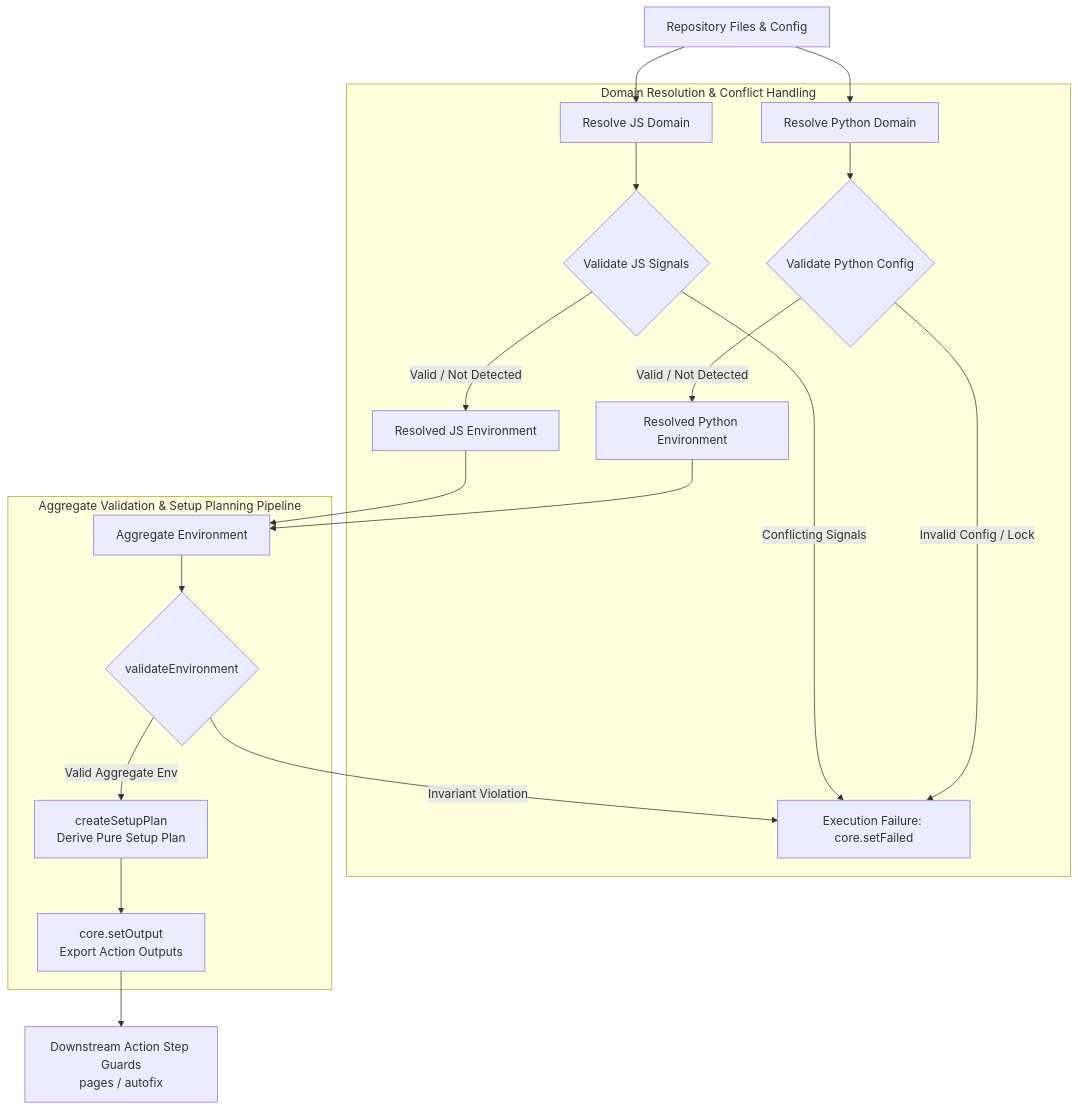
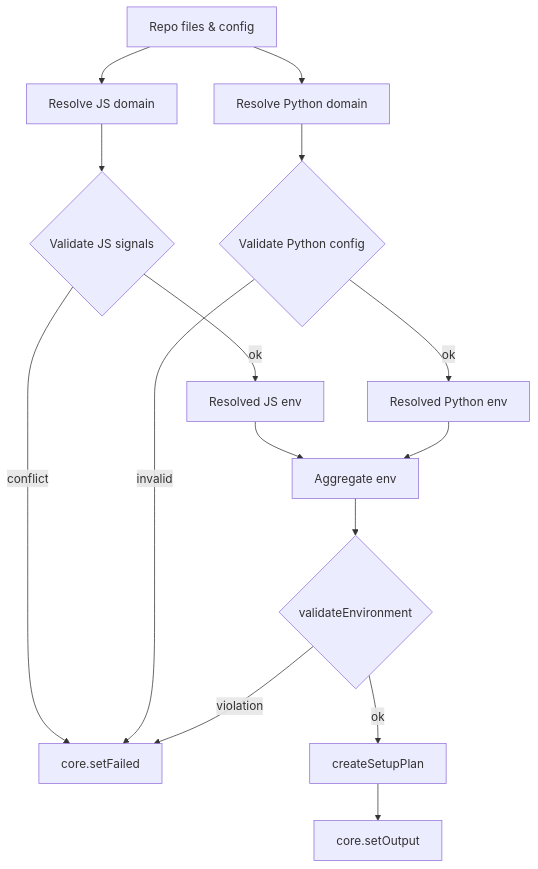
Before and after one commit to area44/workflows: the diagram in docs/environment-resolution.md, drawn with Mermaid. The commit also changed other lines of this file and 15 other files, not shown here.

````diff
--- a/docs/environment-resolution.md
+++ b/docs/environment-resolution.md
@@ -31,28 +13,17 @@
 ```mermaid
 flowchart TD
-    A[Repository Files & Config] --> B1[Resolve JS Domain]
-    A --> B2[Resolve Python Domain]
-
-    subgraph Domain Resolution & Conflict Handling
-        B1 --> C1{Validate JS Signals}
-        B2 --> C2{Validate Python Config}
-
-        C1 -- Conflicting Signals --> FAIL[Execution Failure: core.setFailed]
-        C2 -- Invalid Config / Lock --> FAIL
-
-        C1 -- Valid / Not Detected --> D1[Resolved JS Environment]
-        C2 -- Valid / Not Detected --> D2[Resolved Python Environment]
-    end
-
-    D1 --> E[Aggregate Environment]
+    A[Repo files & config] --> B1[Resolve JS domain]
+    A --> B2[Resolve Python domain]
+    B1 --> C1{Validate JS signals}
+    B2 --> C2{Validate Python config}
+    C1 -- conflict --> FAIL[core.setFailed]
+    C2 -- invalid --> FAIL
+    C1 -- ok --> D1[Resolved JS env]
+    C2 -- ok --> D2[Resolved Python env]
+    D1 --> E[Aggregate env]
     D2 --> E
-
-    subgraph Aggregate Validation & Setup Planning Pipeline
-        E --> F{validateEnvironment}
-        F -- Invariant Violation --> FAIL
-        F -- Valid Aggregate Env --> G[createSetupPlan\nDerive Pure Setup Plan]
-        G --> H[core.setOutput\nExport Action Outputs]
-    end
-
-    H --> I[Downstream Action Step Guards\npages / autofix]
+    E --> F{validateEnvironment}
+    F -- violation --> FAIL
+    F -- ok --> G[createSetupPlan]
+    G --> H[core.setOutput]
 ```
````
